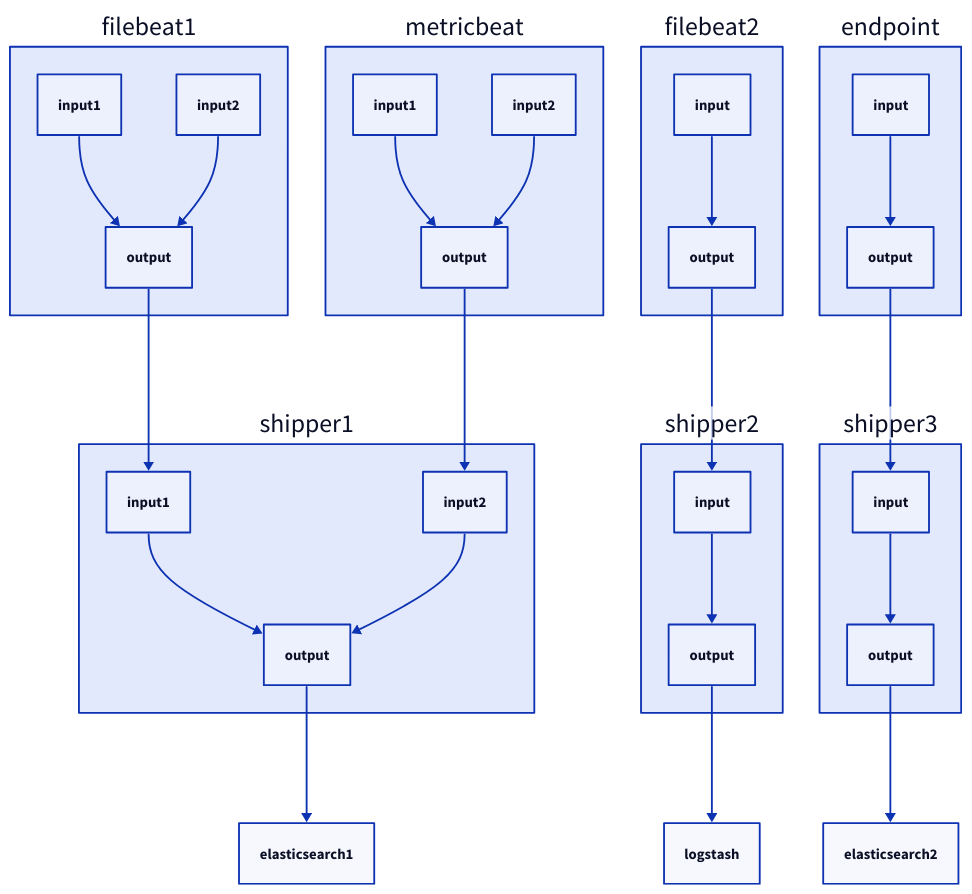
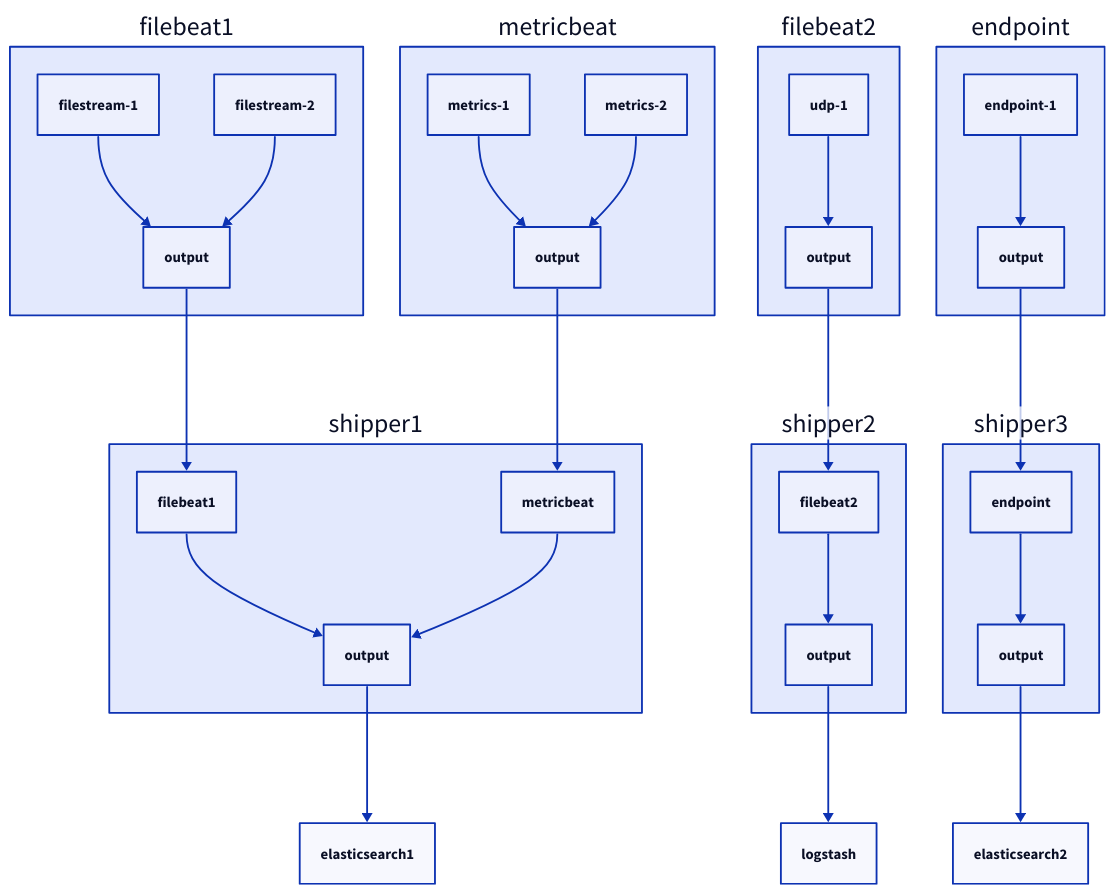
One commit to elastic/elastic-agent changed the diagram in docs/diagrams/components-shipper-example.d2. Above: the diagram before and after it, drawn with D2. The commit also changed 5 other files, not shown here.

Commit message:
add an example + diagrams of agent policy behavior

```diff
--- a/docs/diagrams/components-shipper-example.d2
+++ b/docs/diagrams/components-shipper-example.d2
@@ -1,46 +1,46 @@
 # A diagram of example components managed by Agent with the shipper enabled.
 # To regenerate the image after changing this file, run:
 #   d2 components-shipper-example.d2 components-shipper-example.svg
 # To live-edit this file with immediate regeneration of the diagram, run:
 #   d2 --watch components-shipper-example.d2 components-shipper-example.svg
  
 filebeat1: {
-  input1 -> output
-  input2 -> output
+  filestream-1 -> output
+  filestream-2 -> output
 }
 
 filebeat2: {
-  input -> output
+  udp-1 -> output
 }
 
 metricbeat: {
-  input1 -> output
-  input2 -> output
+  metrics-1 -> output
+  metrics-2 -> output
 }
 
 endpoint: {
-  input -> output
+  endpoint-1 -> output
 }
 
 shipper1: {
-  input1 -> output
-  input2 -> output
+  filebeat1 -> output
+  metricbeat -> output
 }
 
 shipper2: {
-  input -> output
+  filebeat2 -> output
 }
 
 shipper3: {
-  input -> output
+  endpoint -> output
 }
 
-filebeat1.output -> shipper1.input1
-metricbeat.output -> shipper1.input2
+filebeat1.output -> shipper1.filebeat1
+metricbeat.output -> shipper1.metricbeat
 shipper1.output -> elasticsearch1
 
-filebeat2.output -> shipper2.input
+filebeat2.output -> shipper2.filebeat2
 shipper2.output -> logstash
 
-endpoint.output -> shipper3.input
+endpoint.output -> shipper3.endpoint
 shipper3.output -> elasticsearch2
```
